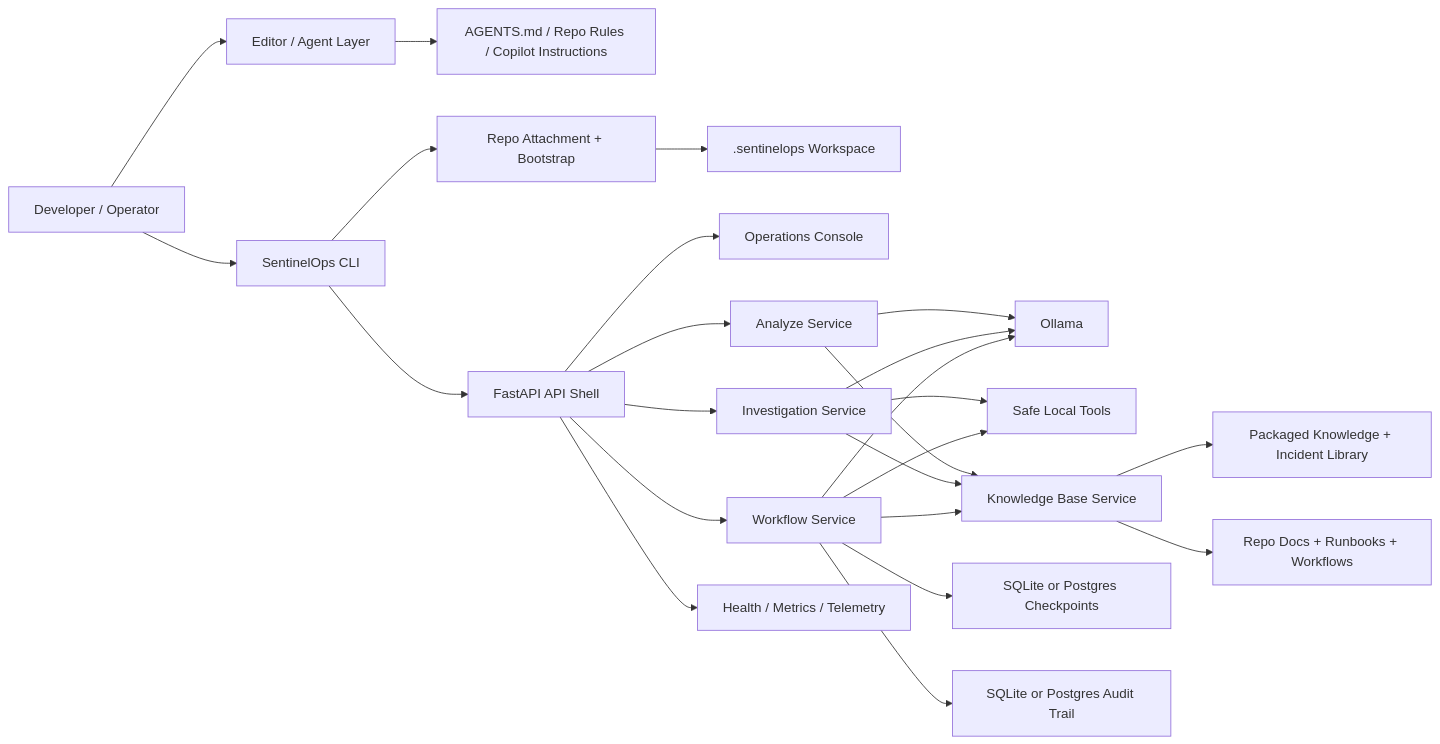
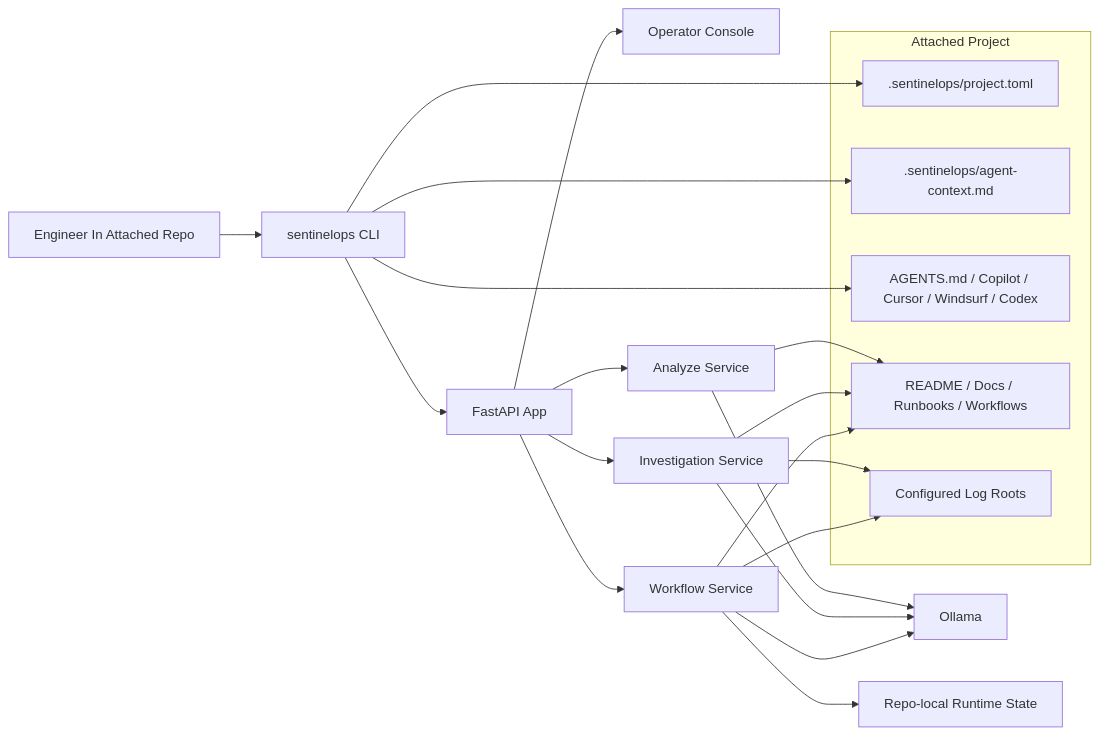
One commit to saikumar1767/Sentinel-Ops changed the first of 9 diagrams in docs/architecture.md. Above: the diagram before and after it, drawn with Mermaid. The commit also changed other lines of this file and 18 other files, not shown here.

Commit message:
feat: make SentinelOps local-first config the control plane

````diff
--- a/docs/architecture.md
+++ b/docs/architecture.md
@@ -40,26 +25,28 @@
 ```mermaid
 flowchart LR
-    User["Developer / Operator"] --> Agent["Editor / Agent Layer"]
-    Agent --> Files["AGENTS.md / Repo Rules / Copilot Instructions"]
-    User --> CLI["SentinelOps CLI"]
-    CLI --> Attach["Repo Attachment + Bootstrap"]
-    Attach --> Project[".sentinelops Workspace"]
-    CLI --> API["FastAPI API Shell"]
-    API --> Console["Operations Console"]
+    Engineer["Engineer In Attached Repo"] --> CLI["sentinelops CLI"]
+    subgraph Repo["Attached Project"]
+        Manifest[".sentinelops/project.toml"]
+        AgentContext[".sentinelops/agent-context.md"]
+        Rules["AGENTS.md / Copilot / Cursor / Windsurf / Codex"]
+        Docs["README / Docs / Runbooks / Workflows"]
+        Logs["Configured Log Roots"]
+    end
+    CLI --> Manifest
+    CLI --> AgentContext
+    CLI --> Rules
+    CLI --> API["FastAPI App"]
+    API --> Console["Operator Console"]
     API --> Analyze["Analyze Service"]
     API --> Investigate["Investigation Service"]
     API --> Workflow["Workflow Service"]
+    Analyze --> Docs
+    Investigate --> Docs
+    Investigate --> Logs
+    Workflow --> Docs
+    Workflow --> Logs
     Analyze --> Ollama["Ollama"]
     Investigate --> Ollama
     Workflow --> Ollama
-    Investigate --> Tools["Safe Local Tools"]
-    Workflow --> Tools
-    Analyze --> Retrieval["Knowledge Base Service"]
-    Investigate --> Retrieval
-    Workflow --> Retrieval
-    Retrieval --> Packaged["Packaged Knowledge + Incident Library"]
-    Retrieval --> RepoDocs["Repo Docs + Runbooks + Workflows"]
-    Workflow --> Checkpoints["SQLite or Postgres Checkpoints"]
-    Workflow --> Audit["SQLite or Postgres Audit Trail"]
-    API --> Metrics["Health / Metrics / Telemetry"]
+    Workflow --> RuntimeState["Repo-local Runtime State"]
 ```
````
